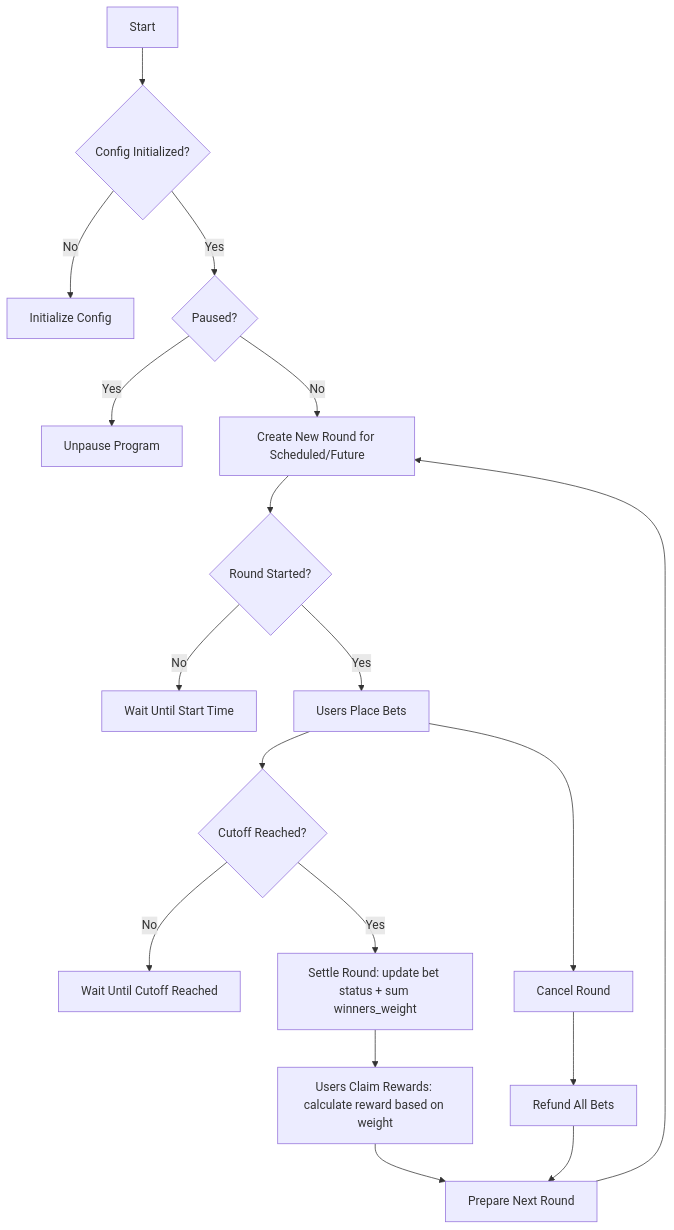
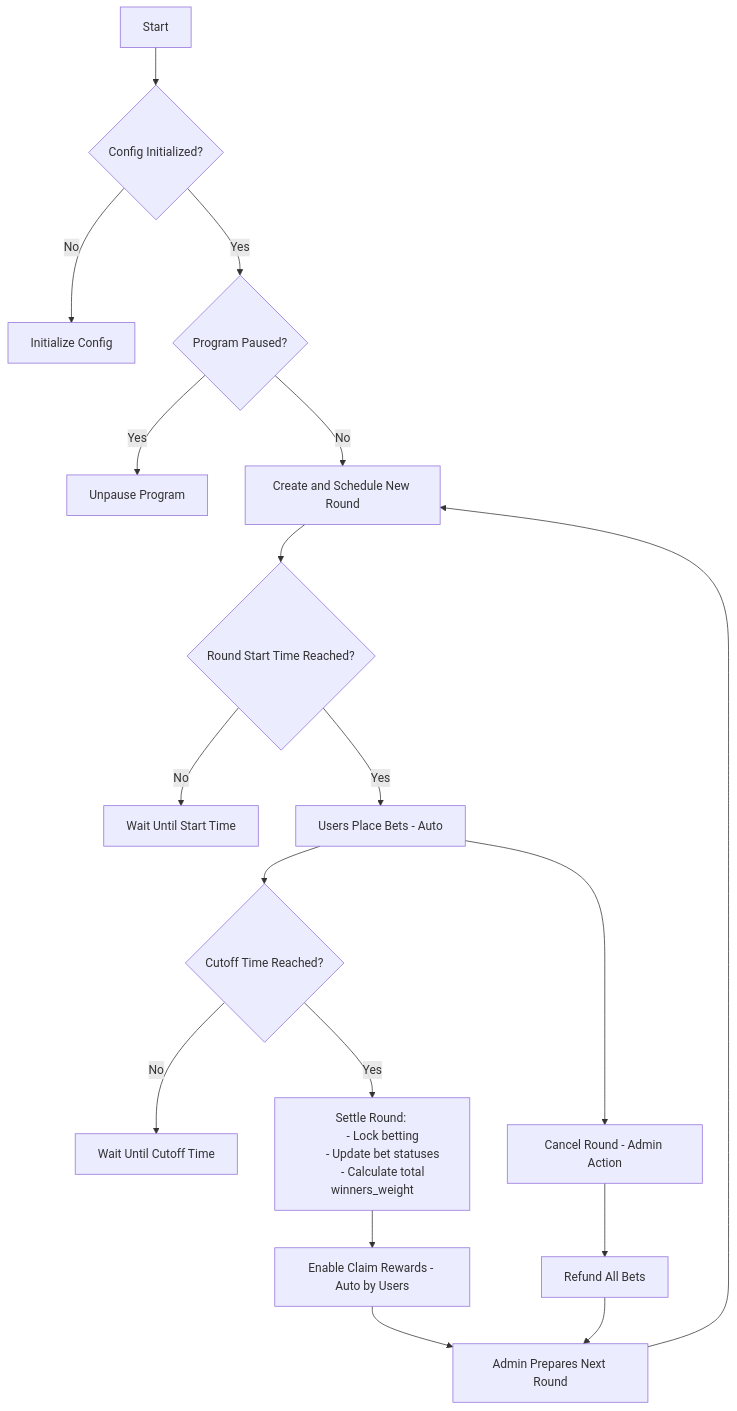
One commit to muhammad-akbrrr/gold-rush-smartcontract changed the second of 7 diagrams in README.md. Above: the diagram before and after it, drawn with Mermaid. The commit also changed other lines of this file, not shown here.

Commit message:
feat(readme): reward calculation

````diff
--- a/README.md
+++ b/README.md
@@ -132,22 +149,30 @@
 ```mermaid
 flowchart TD
     A[Start] --> B{Config Initialized?}
     B -- No --> C[Initialize Config]
-    B -- Yes --> D{Paused?}
+    B -- Yes --> D{Program Paused?}
+    
     D -- Yes --> E[Unpause Program]
-    D -- No --> F[Create New Round for Scheduled/Future]
-    F --> G{Round Started?}
+    D -- No --> F[Create and Schedule New Round]
+    
+    F --> G{Round Start Time Reached?}
     G -- No --> H[Wait Until Start Time]
-    G -- Yes --> I[Users Place Bets]
-    I --> J{Cutoff Reached?}
-    J -- No --> O[Wait Until Cutoff Reached]
-    J -- Yes --> K[Settle Round: update bet status + sum winners_weight]
-    K --> L[Users Claim Rewards: calculate reward based on weight]
-    L --> M[Prepare Next Round]
+    G -- Yes --> I[Users Place Bets - Auto]
+    
+    I --> J{Cutoff Time Reached?}
+    J -- No --> O[Wait Until Cutoff Time]
+    J -- Yes --> K[Settle Round: 
+        - Lock betting 
+        - Update bet statuses 
+        - Calculate total winners_weight]
+    
+    K --> L[Enable Claim Rewards - Auto by Users]
+    L --> M[Admin Prepares Next Round]
     M --> F
 
     %% Optional cancel branch
-    I --> X[Cancel Round]
+    I --> X[Cancel Round - Admin Action]
     X --> Y[Refund All Bets]
     Y --> M
+
 ```
````
